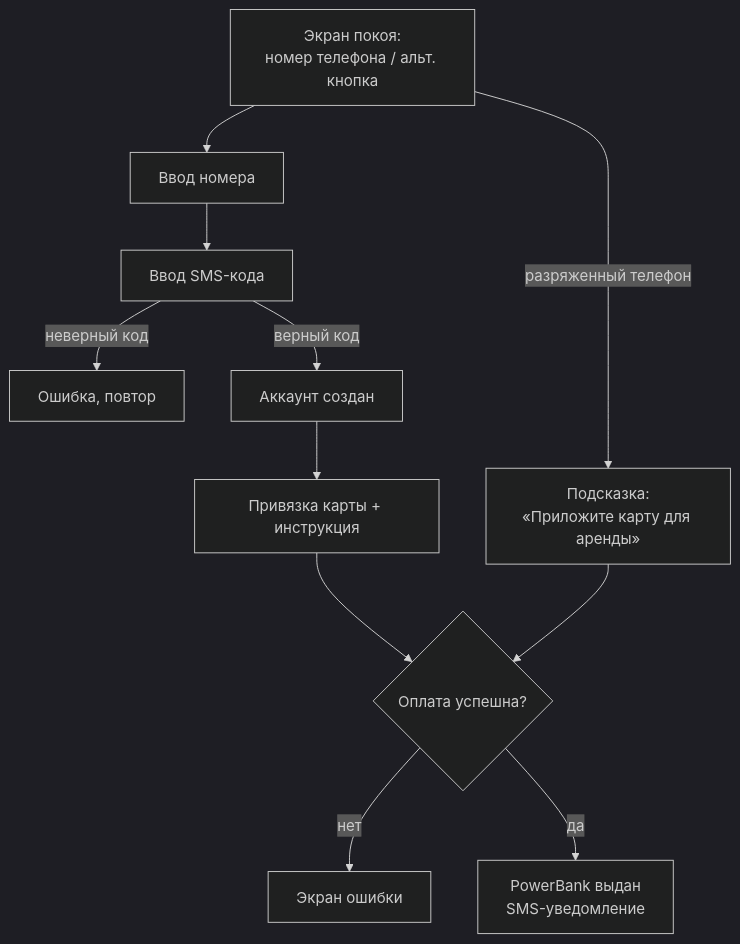
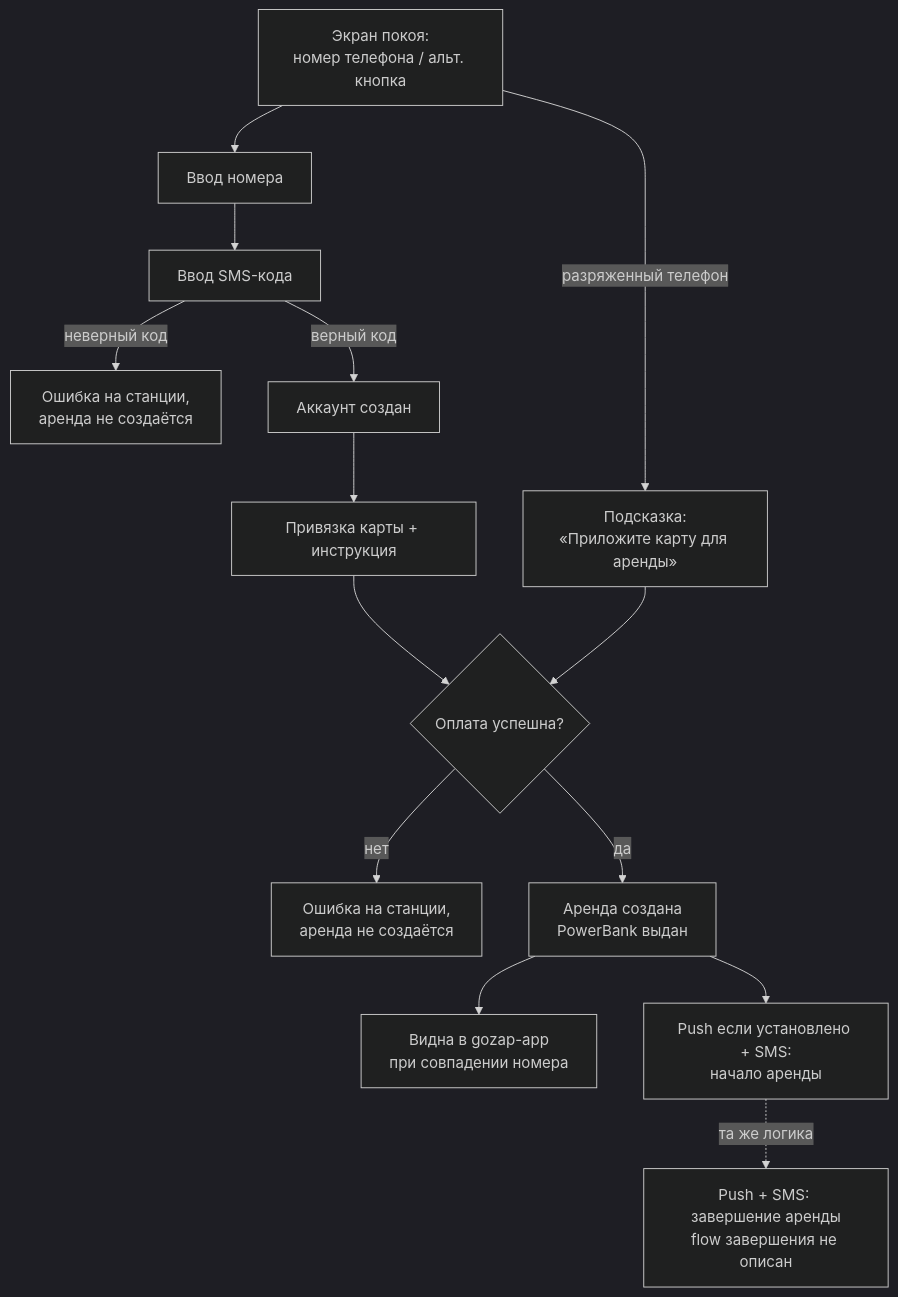
The first of 2 diagrams in gozap-documentation/sa/docs/kiosk/terminal-rental-flow/diagrams/overview.md (yatsin11-gif/example), drawn with Mermaid (dark theme) before and after one commit. The commit also changed other lines of this file and 43 other files, not shown here.

````diff
--- a/gozap-documentation/sa/docs/kiosk/terminal-rental-flow/diagrams/overview.md
+++ b/gozap-documentation/sa/docs/kiosk/terminal-rental-flow/diagrams/overview.md
@@ -7,13 +7,16 @@
 ```mermaid
 flowchart TD
     IDLE[Экран покоя:<br/>номер телефона / альт. кнопка] --> PHONE[Ввод номера]
     IDLE -->|разряженный телефон| ALT[Подсказка:<br/>«Приложите карту для аренды»]
     PHONE --> SMS[Ввод SMS-кода]
-    SMS -->|неверный код| ERR1[Ошибка, повтор]
+    SMS -->|неверный код| ERR1[Ошибка на станции,<br/>аренда не создаётся]
     SMS -->|верный код| ACC[Аккаунт создан]
     ACC --> CARD[Привязка карты + инструкция]
     CARD --> PAY{Оплата успешна?}
     ALT --> PAY
-    PAY -->|нет| ERR2[Экран ошибки]
-    PAY -->|да| OK[PowerBank выдан<br/>SMS-уведомление]
+    PAY -->|нет| ERR2[Ошибка на станции,<br/>аренда не создаётся]
+    PAY -->|да| OK[Аренда создана<br/>PowerBank выдан]
+    OK --> SYNC[Видна в gozap-app<br/>при совпадении номера]
+    OK --> NOTIFY[Push если установлено + SMS:<br/>начало аренды]
+    NOTIFY -.->|та же логика| ENDN[Push + SMS: завершение аренды<br/>flow завершения не описан]
 ```
````
